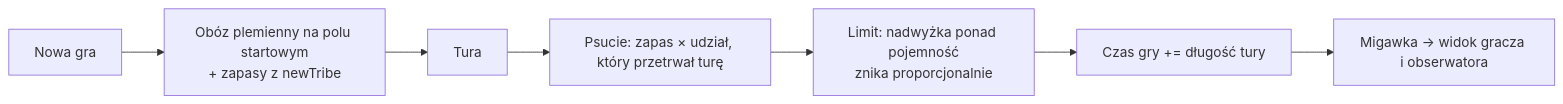
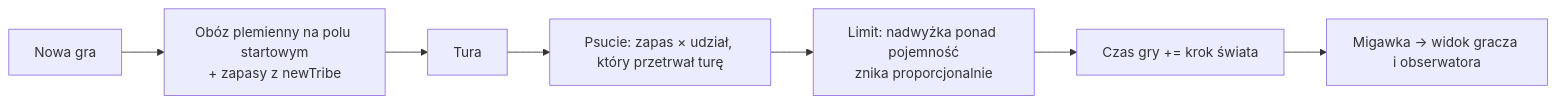
The diagram in docs/systems/settlements-storage.md (CoStellar/CivSim2), drawn with Mermaid before and after one commit. The commit also changed other lines of this file and 27 other files, not shown here.

First line of the commit message:
Document the world clock: ADR 0018, GDD, system and AI docs, charts

````diff
--- a/docs/systems/settlements-storage.md
+++ b/docs/systems/settlements-storage.md
@@ -16,9 +16,9 @@
 ```mermaid
 flowchart LR
   N["Nowa gra"] --> C["Obóz plemienny na polu startowym<br/>+ zapasy z newTribe"]
   C --> T["Tura"]
   T --> S["Psucie: zapas × udział, który przetrwał turę"]
   S --> L["Limit: nadwyżka ponad pojemność<br/>znika proporcjonalnie"]
-  L --> M["Czas gry += długość tury"]
+  L --> M["Czas gry += krok świata"]
   M --> V["Migawka → widok gracza i obserwatora"]
 ```
````
